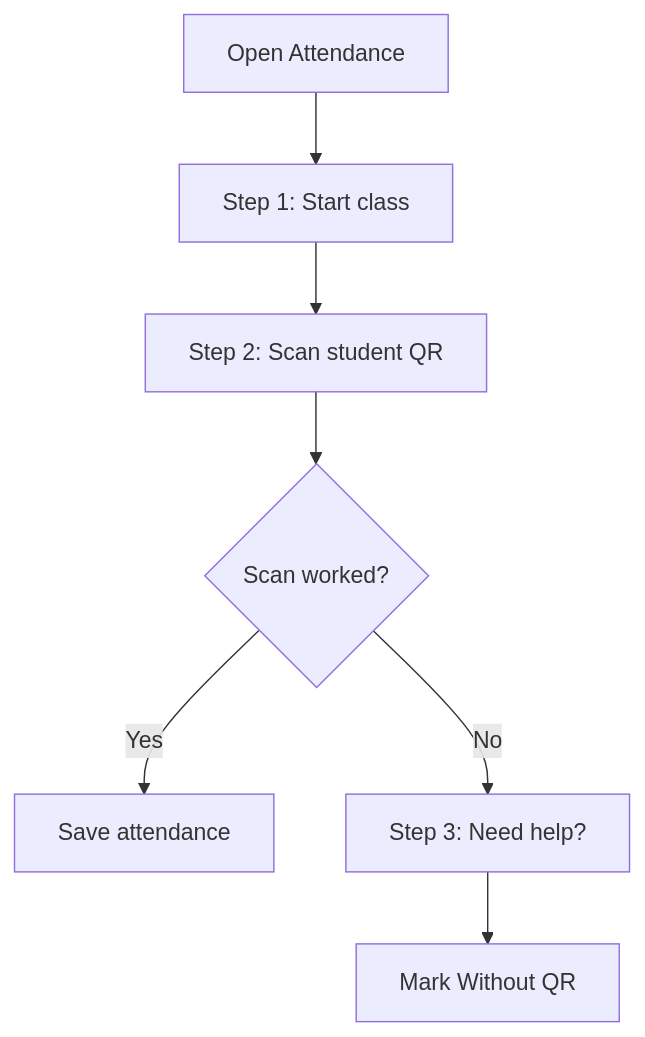
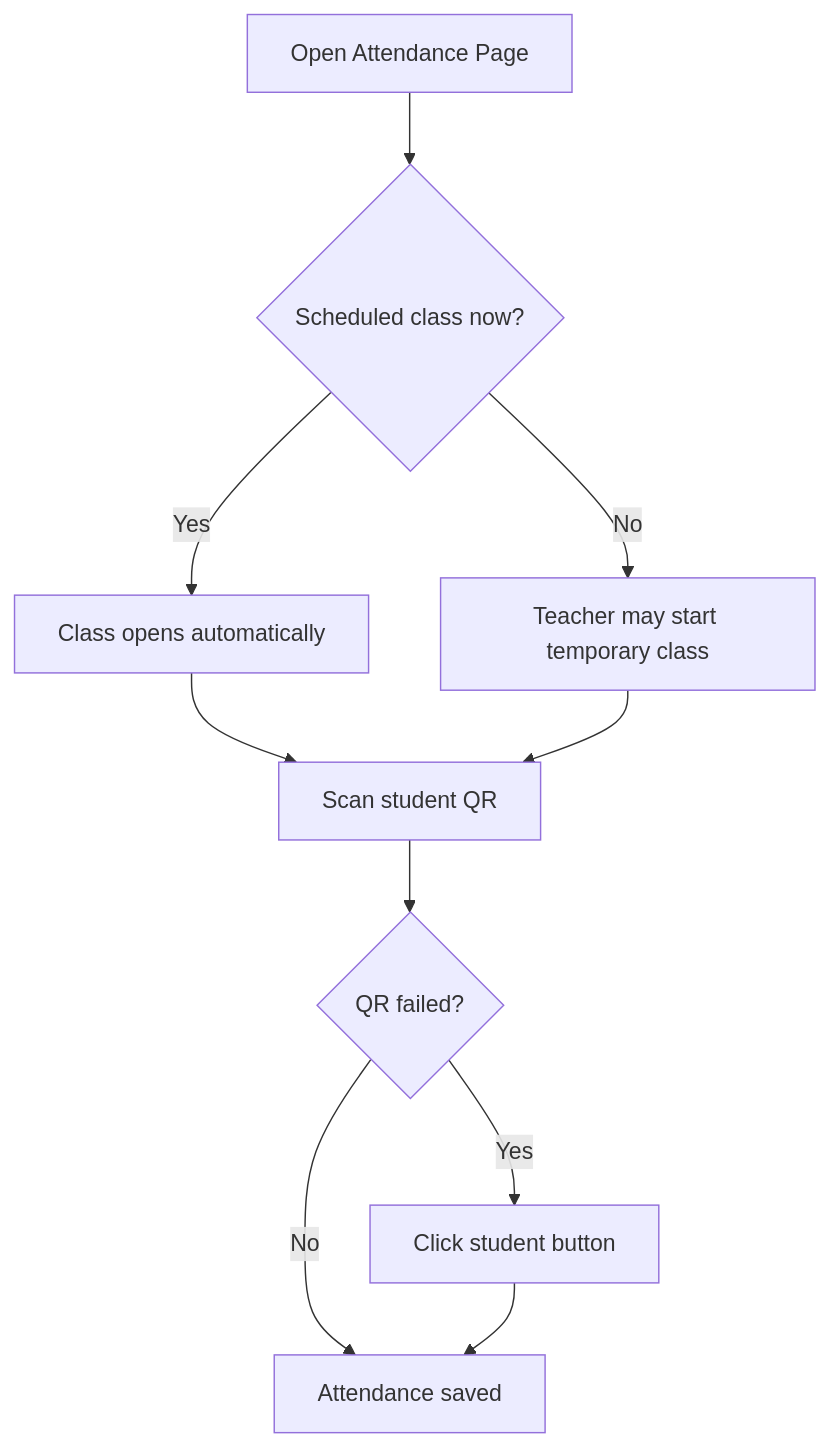
The third of 3 diagrams in docs/ui-flow.md (micoms/QrAttendance), drawn with Mermaid before and after one commit. The commit also changed other lines of this file and 62 other files, not shown here.

Commit message:
Rebuild QR Attend app with simpler flows and PHT scheduling

````diff
--- a/docs/ui-flow.md
+++ b/docs/ui-flow.md
@@ -98,9 +100,12 @@
 ```mermaid
 flowchart TD
-    A["Open Attendance"] --> B["Step 1: Start class"]
-    B --> C["Step 2: Scan student QR"]
-    C --> D{"Scan worked?"}
-    D -->|Yes| E["Save attendance"]
-    D -->|No| F["Step 3: Need help?"]
-    F --> G["Mark Without QR"]
+    A["Open Attendance Page"] --> B{"Scheduled class now?"}
+    B -- Yes --> C["Class opens automatically"]
+    B -- No --> D["Teacher may start temporary class"]
+    C --> E["Scan student QR"]
+    D --> E
+    E --> F{"QR failed?"}
+    F -- No --> G["Attendance saved"]
+    F -- Yes --> H["Click student button"]
+    H --> G
 ```
````
